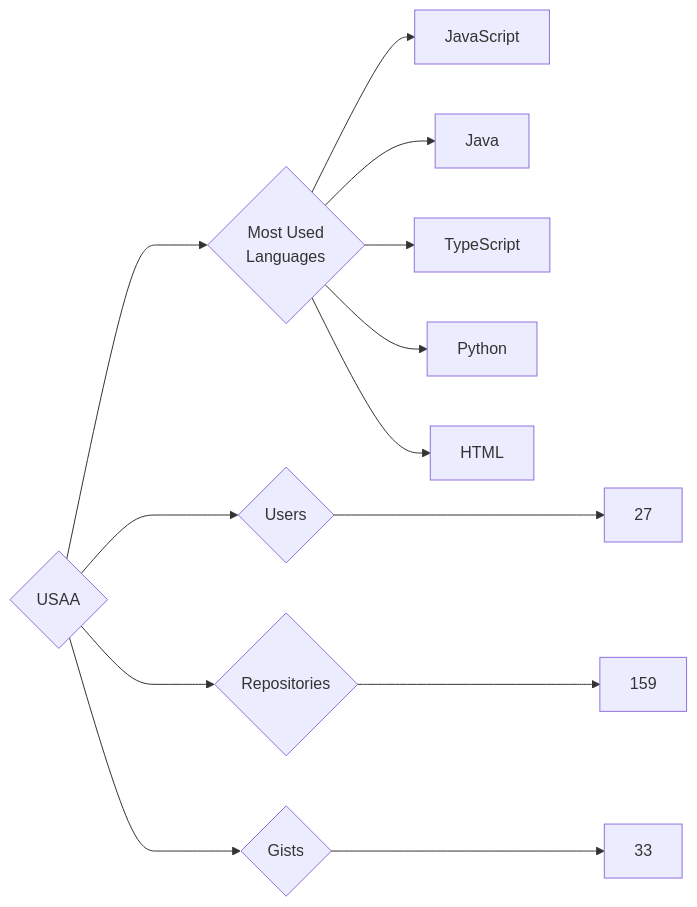
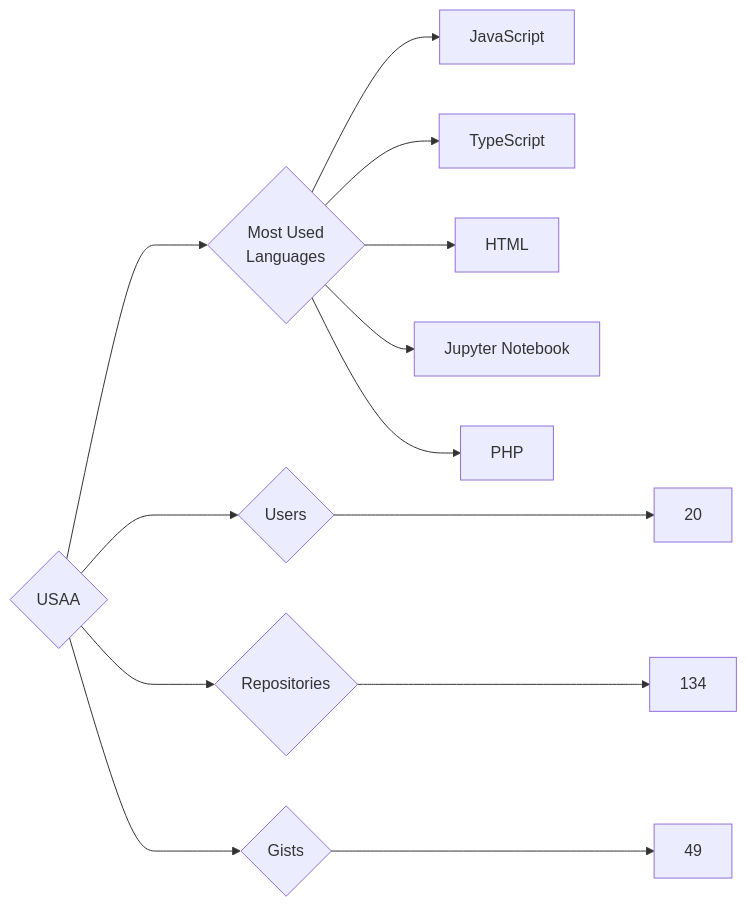
One commit to trickest/insiders changed the diagram in targets/USAA/README.md. Above: the diagram before and after it, drawn with Mermaid. The commit also changed 814 other files, not shown here.

````diff
--- a/targets/USAA/README.md
+++ b/targets/USAA/README.md
@@ -3,13 +3,13 @@
 ```mermaid
 graph LR
 COMPANY_NAME{USAA}
-COMPANY_NAME ---> U{Users} ---> UN[27]
-COMPANY_NAME ---> R{Repositories} ---> RN[159]
-COMPANY_NAME ---> G{Gists} ---> GN[33]
+COMPANY_NAME ---> U{Users} ---> UN[20]
+COMPANY_NAME ---> R{Repositories} ---> RN[134]
+COMPANY_NAME ---> G{Gists} ---> GN[49]
 COMPANY_NAME ---> ML{Most Used<br>Languages}
 ML --> JavaScript[JavaScript]
-ML --> Java[Java]
 ML --> TypeScript[TypeScript]
-ML --> Python[Python]
 ML --> HTML[HTML]
+ML --> Jupyter_Notebook[Jupyter Notebook]
+ML --> PHP[PHP]
 ```
````
